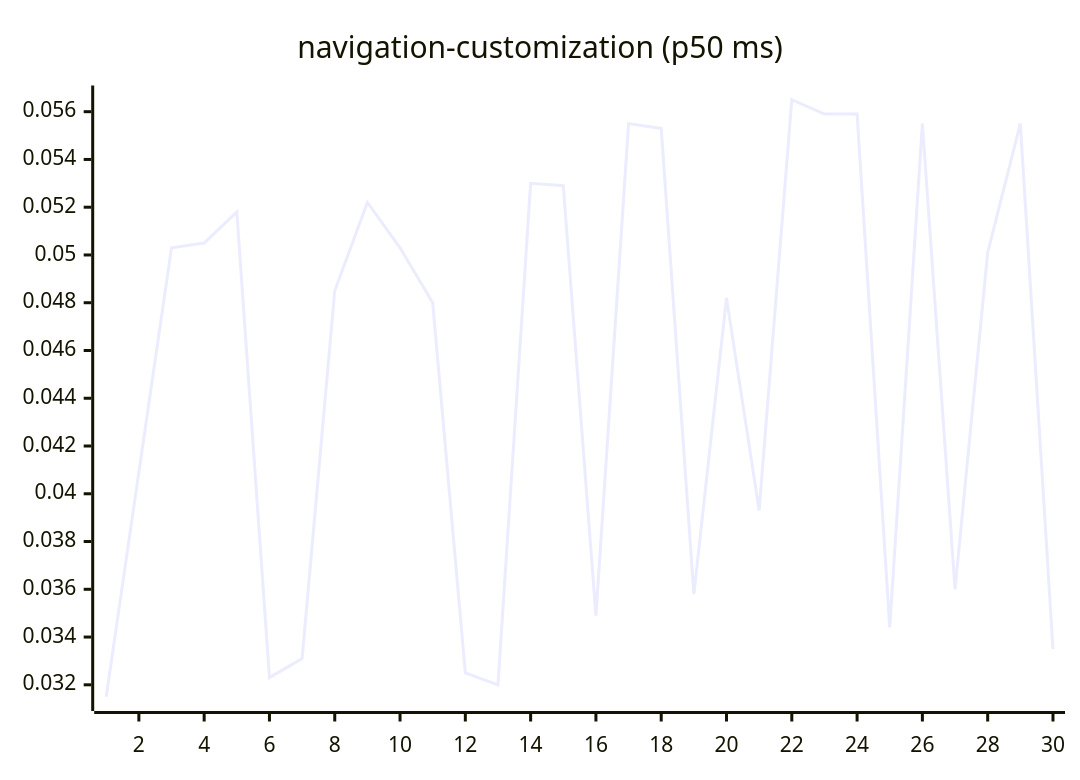
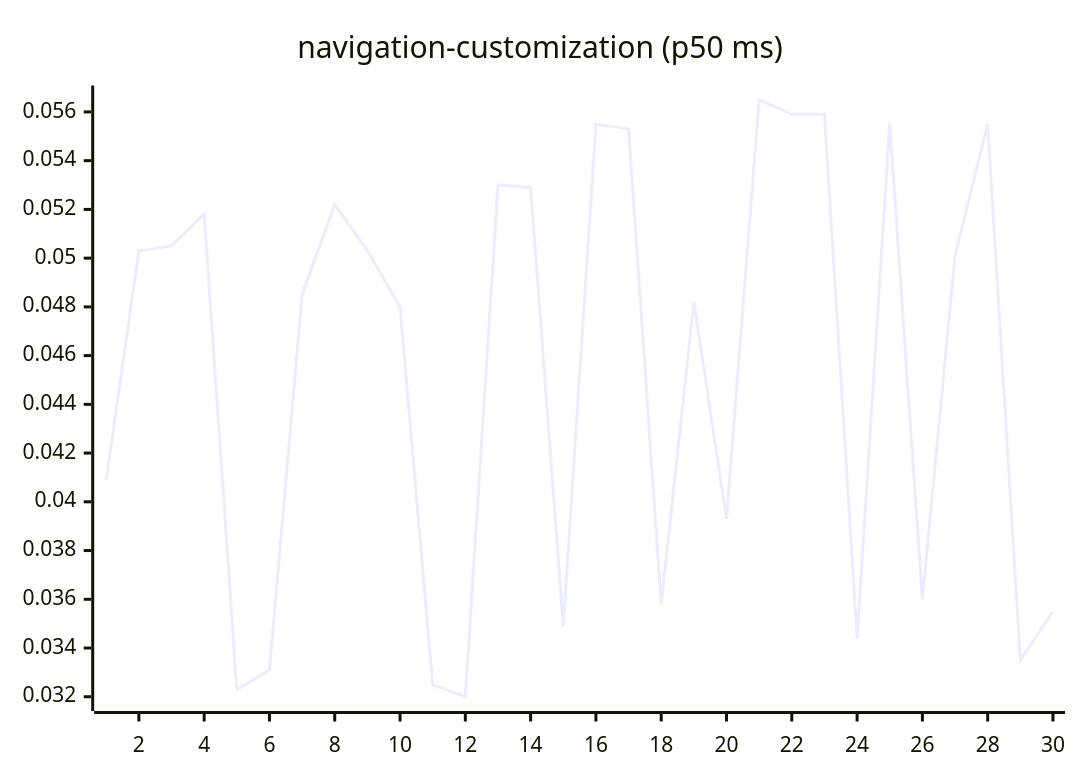
Before and after one commit to josha/Facet: diagram 15 of 27 in README.md, drawn with Mermaid. The commit also changed other lines of this file and 2 other files, not shown here.

````diff
--- a/README.md
+++ b/README.md
@@ -161,6 +161,6 @@
 ```mermaid
 xychart-beta
     title "navigation-customization (p50 ms)"
     x-axis 1 --> 30
-    line [0.0315, 0.0409, 0.0503, 0.0505, 0.0518, 0.0323, 0.0331, 0.0485, 0.0522, 0.0503, 0.0480, 0.0325, 0.0320, 0.0530, 0.0529, 0.0349, 0.0555, 0.0553, 0.0358, 0.0482, 0.0393, 0.0565, 0.0559, 0.0559, 0.0344, 0.0555, 0.0360, 0.0501, 0.0555, 0.0335]
+    line [0.0409, 0.0503, 0.0505, 0.0518, 0.0323, 0.0331, 0.0485, 0.0522, 0.0503, 0.0480, 0.0325, 0.0320, 0.0530, 0.0529, 0.0349, 0.0555, 0.0553, 0.0358, 0.0482, 0.0393, 0.0565, 0.0559, 0.0559, 0.0344, 0.0555, 0.0360, 0.0501, 0.0555, 0.0335, 0.0355]
 ```
````
